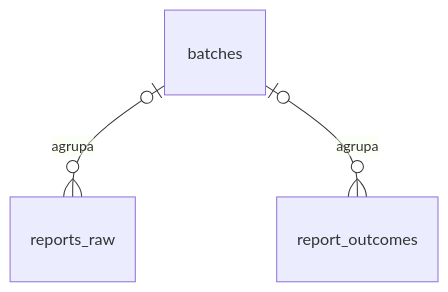
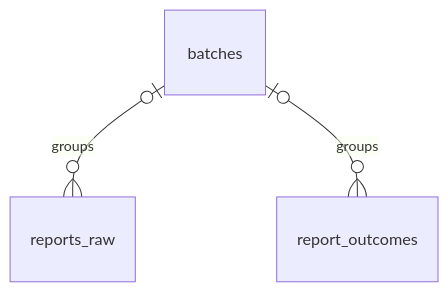
Before and after one commit to denysbp/Railtrace: the eighth of 17 diagrams in docs/schema.md, drawn with Mermaid. The commit also changed other lines of this file and 64 other files, not shown here.

````diff
--- a/docs/schema.md
+++ b/docs/schema.md
@@ -268,5 +268,5 @@
 ```mermaid
 erDiagram
-    batches |o--o{ reports_raw : "agrupa"
-    batches |o--o{ report_outcomes : "agrupa"
+    batches |o--o{ reports_raw : "groups"
+    batches |o--o{ report_outcomes : "groups"
 ```
````
